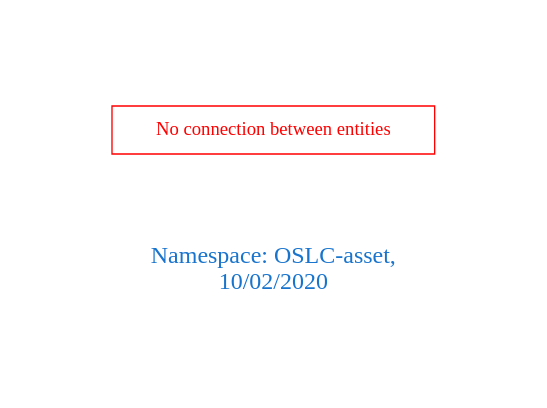
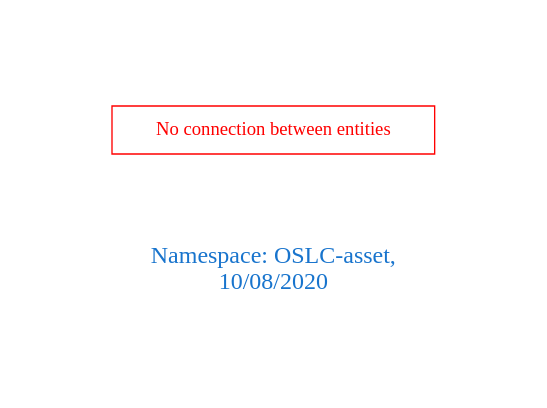
One commit to arago/OGIT changed the diagram in downloads/OSLC-asset.dot. Above: the diagram before and after it, drawn with Graphviz. The commit also changed 1818 other files, not shown here.

```diff
--- a/downloads/OSLC-asset.dot
+++ b/downloads/OSLC-asset.dot
@@ -1,9 +1,9 @@
 digraph OGIT_ontology {
  graph [ rankdir= LR,pad=1 
 fontsize = 18,
-fontcolor= dodgerblue3,label = "\n\n\nNamespace: OSLC-asset, \n 10/02/2020"];
+fontcolor= dodgerblue3,label = "\n\n\nNamespace: OSLC-asset, \n 10/08/2020"];
 node[shape=polygon];
 edge [  color="gray81"];
 
 "No connection between entities" [fontcolor = "red",color="red", shape="polygon"]
 }
```
